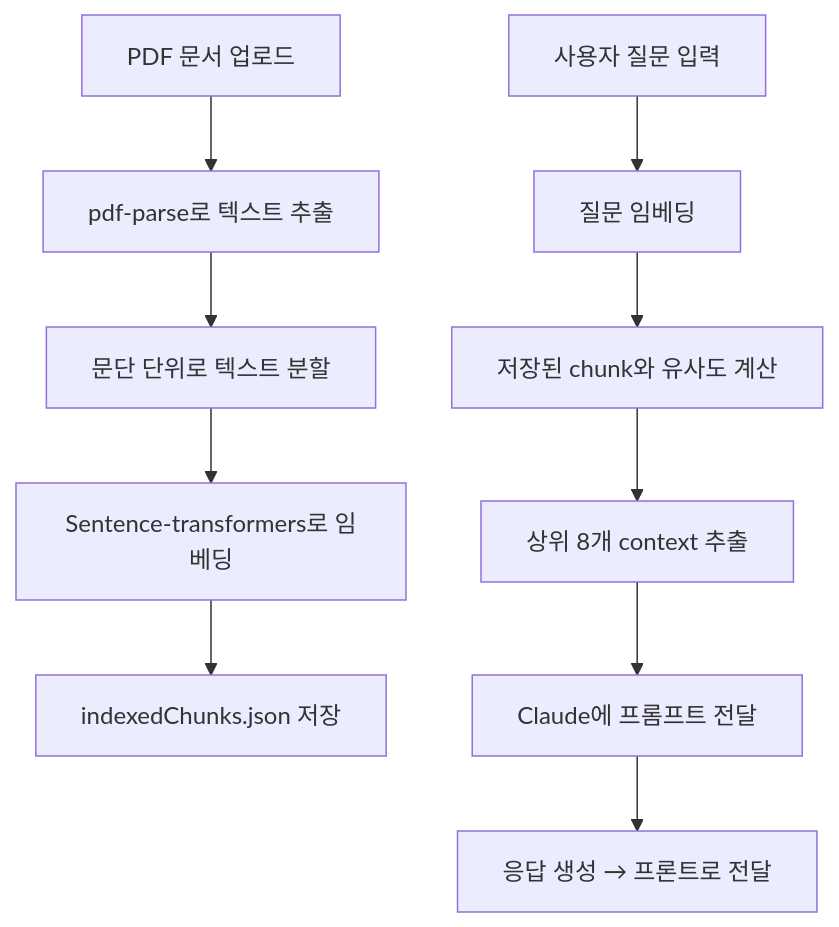
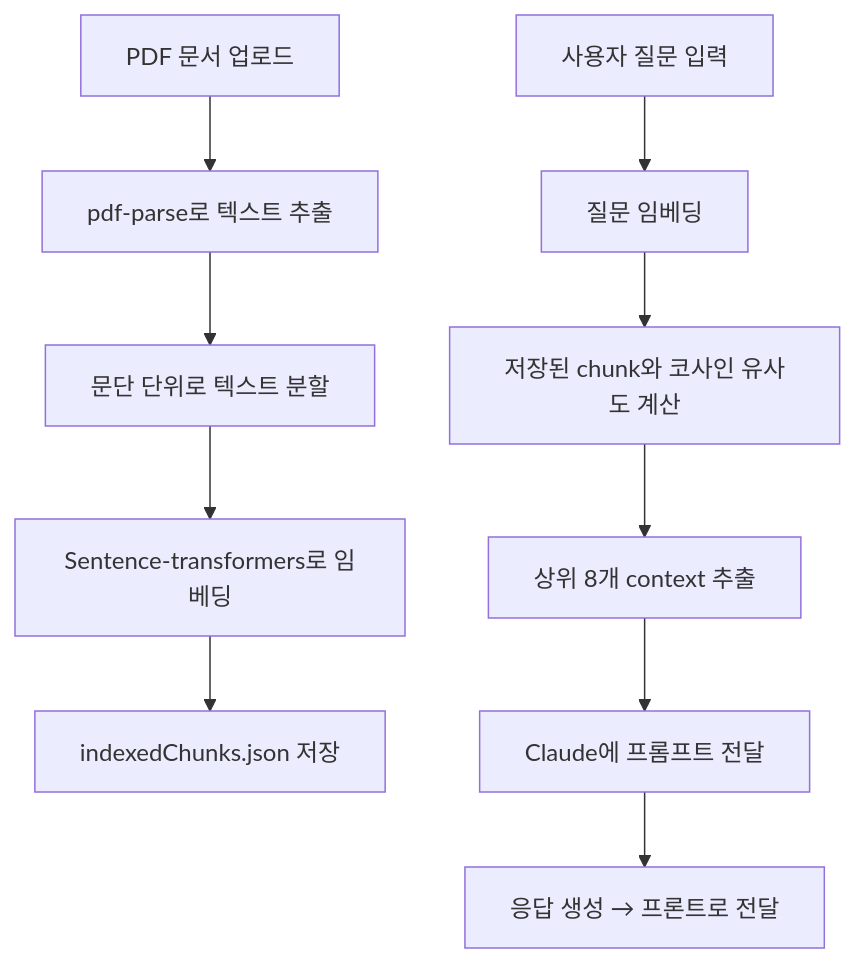
Before and after one commit to Nayejun/Friday: the diagram in README.md, drawn with Mermaid. The commit also changed other lines of this file, not shown here.

````diff
--- a/README.md
+++ b/README.md
@@ -22,12 +22,12 @@
 ```mermaid
 graph TD
     A[PDF 문서 업로드] --> B[pdf-parse로 텍스트 추출]
     B --> C[문단 단위로 텍스트 분할]
     C --> D[Sentence-transformers로 임베딩]
     D --> E[indexedChunks.json 저장]
     F[사용자 질문 입력] --> G[질문 임베딩]
-    G --> H[저장된 chunk와 유사도 계산]
+    G --> H[저장된 chunk와 코사인 유사도 계산]
     H --> I[상위 8개 context 추출]
     I --> J[Claude에 프롬프트 전달]
     J --> K[응답 생성 → 프론트로 전달]
 ```
````
